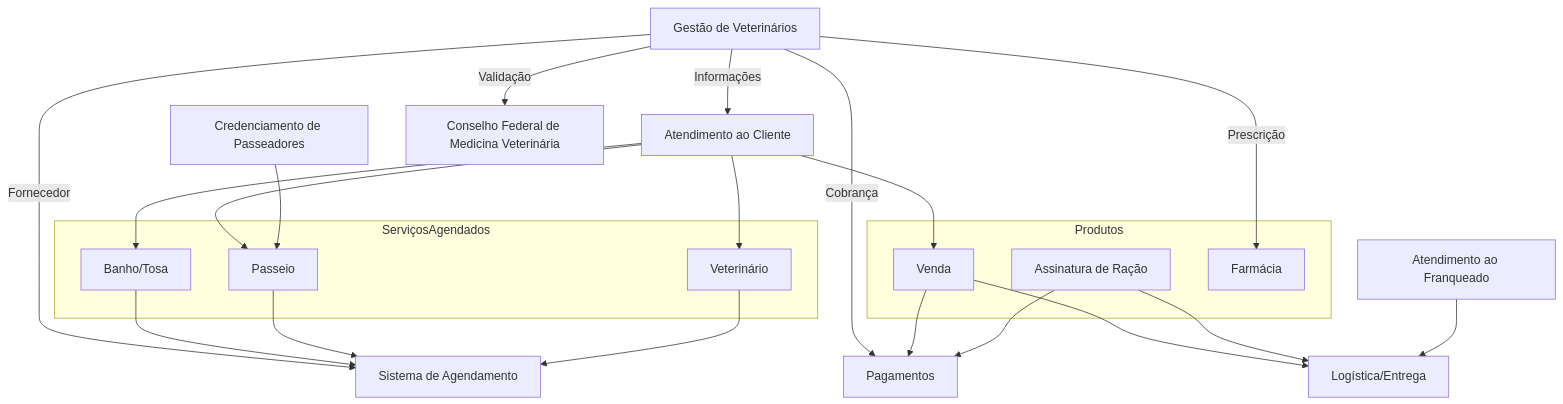
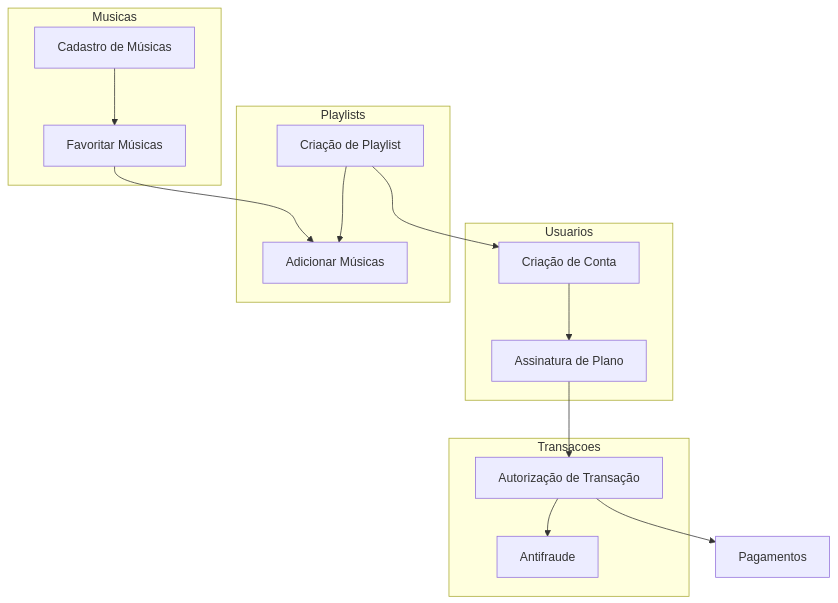
One commit to Fr44nc00/Design-Patterns-e-Domain-Driven-Design-DDD-com-Java-26E2_2- changed the first of 4 diagrams in AT/README.md. Above: the diagram before and after it, drawn with Mermaid. The commit also changed other lines of this file, not shown here.

````diff
--- a/AT/README.md
+++ b/AT/README.md
@@ -37,50 +34,37 @@
 ```mermaid
 graph TD
 
-  subgraph Produtos
-    P1[Venda]
-    P2[Assinatura de Ração]
-    P3[Farmácia]
+  subgraph Usuarios
+    U1[Criação de Conta]
+    U2[Assinatura de Plano]
   end
 
-  subgraph ServiçosAgendados
-    S1[Veterinário]
-    S2[Banho/Tosa]
-    S3[Passeio]
+  subgraph Transacoes
+    T1[Autorização de Transação]
+    T2[Antifraude]
   end
 
-  AtendimentoCliente[Atendimento ao Cliente]
-  AtendimentoFranqueado[Atendimento ao Franqueado]
-  Credenciamento[Credenciamento de Passeadores]
-  Veterinarios[Gestão de Veterinários]
-  CFMV[Conselho Federal de Medicina Veterinária]
+  subgraph Musicas
+    M1[Cadastro de Músicas]
+    M2[Favoritar Músicas]
+  end
+
+  subgraph Playlists
+    P1[Criação de Playlist]
+    P2[Adicionar Músicas]
+  end
+
   Pagamentos[Pagamentos]
-  Logistica[Logística/Entrega]
-  Agendamento[Sistema de Agendamento]
 
   %% Relacionamentos principais
-  Veterinarios -->|Fornecedor| Agendamento
-  Veterinarios -->|Validação| CFMV
-  Veterinarios -->|Prescrição| P3
-  Veterinarios -->|Cobrança| Pagamentos
-  Veterinarios -->|Informações| AtendimentoCliente
+  U2 --> T1
+  T1 --> T2
+  T1 --> Pagamentos
+  U1 --> U2
 
-  %% Produtos e logística
-  P1 --> Pagamentos
-  P2 --> Pagamentos
-  P1 --> Logistica
-  P2 --> Logistica
-
-  %% Serviços agendados
-  S2 --> Agendamento
-  S3 --> Agendamento
-  S1 --> Agendamento
-
-  %% Suporte
-  AtendimentoCliente --> P1
-  AtendimentoCliente --> S1
-  AtendimentoCliente --> S2
-  AtendimentoCliente --> S3
-  AtendimentoFranqueado --> Logistica
-  Credenciamento --> S3
+  %% Música e playlists
+  M1 --> M2
+  M2 --> P2
+  P1 --> P2
+  P1 --> U1
 ```
````
